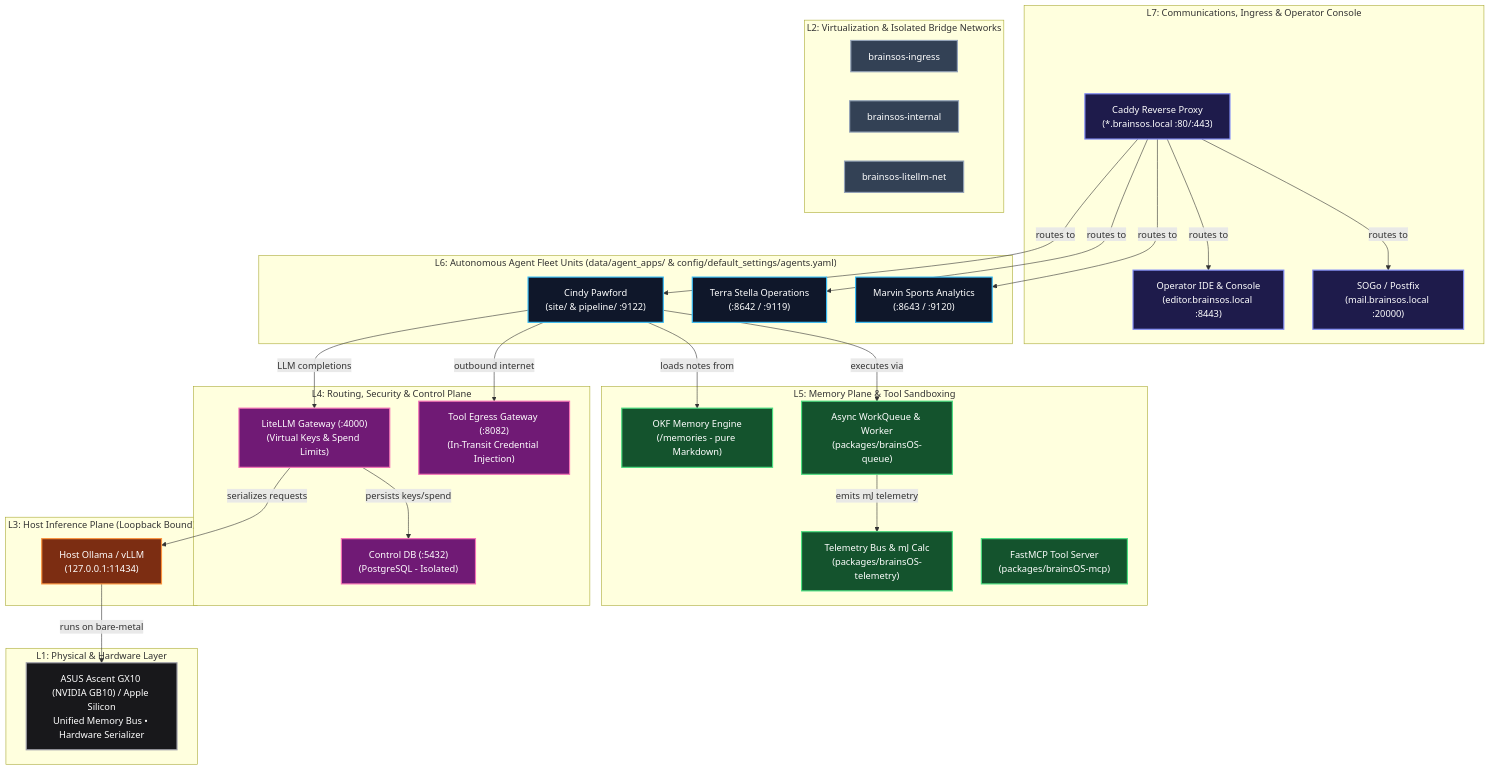
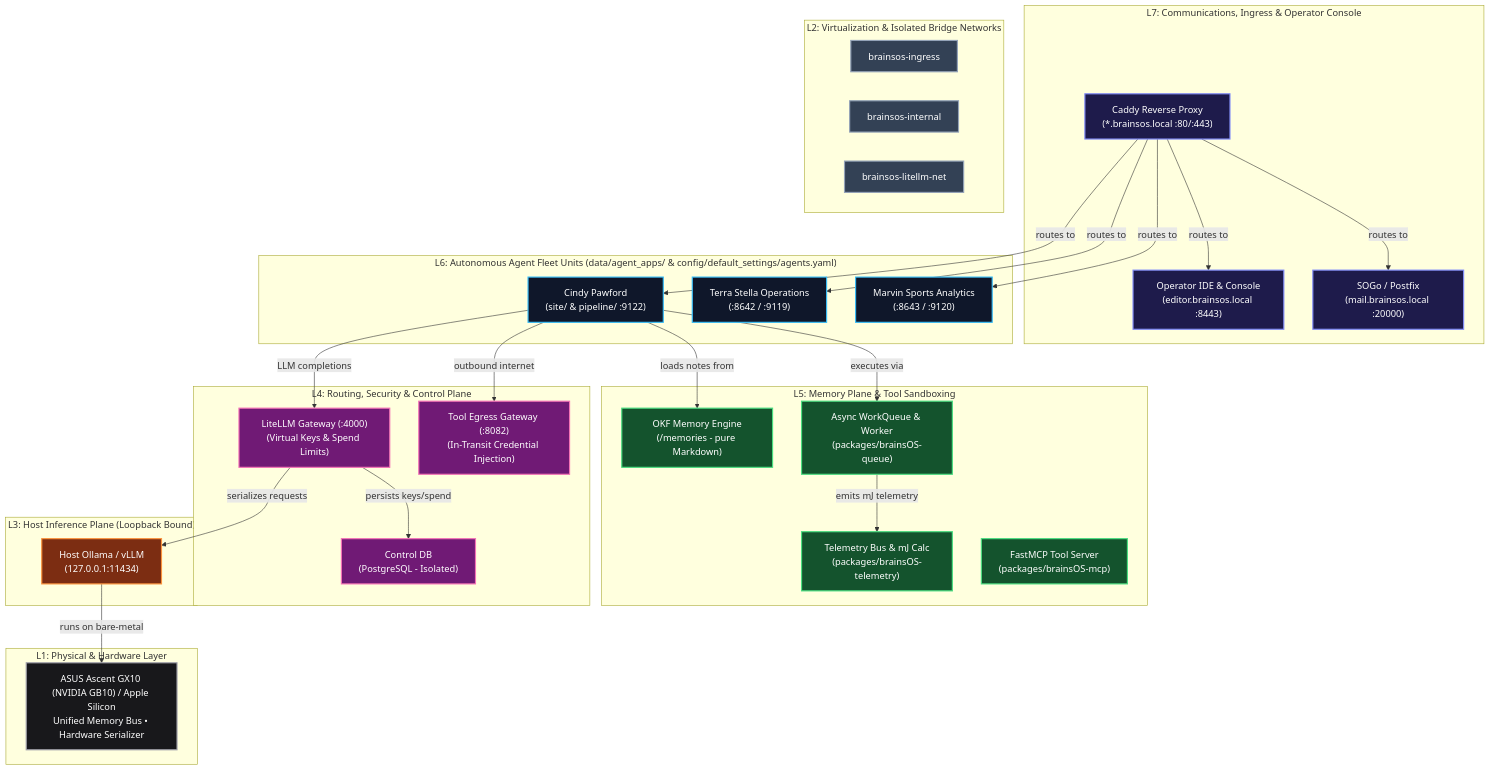
Before and after one commit to patternsatscale/brainsOS.ai: the diagram in README.md, drawn with Mermaid. The commit also changed 21 other files, not shown here.

````diff
--- a/README.md
+++ b/README.md
@@ -91,65 +91,65 @@
 ```mermaid
 graph TD
     classDef l7 fill:#1e1b4b,stroke:#818cf8,stroke-width:2px,color:#fff;
     classDef l6 fill:#0f172a,stroke:#38bdf8,stroke-width:2px,color:#fff;
     classDef l5 fill:#14532d,stroke:#4ade80,stroke-width:2px,color:#fff;
     classDef l4 fill:#701a75,stroke:#f472b6,stroke-width:2px,color:#fff;
     classDef l3 fill:#7c2d12,stroke:#fb923c,stroke-width:2px,color:#fff;
     classDef l2 fill:#334155,stroke:#94a3b8,stroke-width:2px,color:#fff;
     classDef l1 fill:#18181b,stroke:#a1a1aa,stroke-width:2px,color:#fff;
 
     subgraph "L7: Communications, Ingress & Operator Console"
         CADDY["Caddy Reverse Proxy<br/>(*.brainsos.local :80/:443)"]:::l7
         EDITOR["Operator IDE & Console<br/>(editor.brainsos.local :8443)"]:::l7
         SOGO["SOGo / Postfix<br/>(mail.brainsos.local :20000)"]:::l7
     end
 
     subgraph "L6: Autonomous Agent Fleet Units (data/agent_apps/ & config/default_settings/agents.yaml)"
         CINDY["Cindy Pawford<br/>(site/ & pipeline/ :9122)"]:::l6
         TERRA["Terra Stella Operations<br/>(:8642 / :9119)"]:::l6
         MARVIN["Marvin Sports Analytics<br/>(:8643 / :9120)"]:::l6
     end
 
     subgraph "L5: Memory Plane & Tool Sandboxing"
         MEM["OKF Memory Engine<br/>(/memories - pure Markdown)"]:::l5
         QUEUE["Async WorkQueue & Worker<br/>(packages/brainsOS-queue)"]:::l5
         TEL["Telemetry Bus & mJ Calc<br/>(packages/brainsOS-telemetry)"]:::l5
         MCP["FastMCP Tool Server<br/>(packages/brainsOS-mcp)"]:::l5
     end
 
     subgraph "L4: Routing, Security & Control Plane"
         LITELLM["LiteLLM Gateway (:4000)<br/>(Virtual Keys & Spend Limits)"]:::l4
         MITM["Tool Egress Gateway (:8082)<br/>(In-Transit Credential Injection)"]:::l4
-        DB["Control DB (:5432)<br/>(PostgreSQL - Isolated)"]:::l4
+        DB["Control DB<br/>(PostgreSQL - Isolated)"]:::l4
     end
 
     subgraph "L3: Host Inference Plane (Loopback Bound)"
         OLLAMA["Host Ollama / vLLM<br/>(127.0.0.1:11434)"]:::l3
     end
 
     subgraph "L2: Virtualization & Isolated Bridge Networks"
         NET_INGRESS["brainsos-ingress"]:::l2
         NET_INTERNAL["brainsos-internal"]:::l2
         NET_LITELLM["brainsos-litellm-net"]:::l2
     end
 
     subgraph "L1: Physical & Hardware Layer"
         HW["ASUS Ascent GX10 (NVIDIA GB10) / Apple Silicon<br/>Unified Memory Bus • Hardware Serializer"]:::l1
     end
 
     CADDY -->|routes to| CINDY
     CADDY -->|routes to| TERRA
     CADDY -->|routes to| MARVIN
     CADDY -->|routes to| EDITOR
     CADDY -->|routes to| SOGO
 
     CINDY -->|executes via| QUEUE
     QUEUE -->|emits mJ telemetry| TEL
     CINDY -->|loads notes from| MEM
     CINDY -->|LLM completions| LITELLM
     CINDY -->|outbound internet| MITM
 
     LITELLM -->|serializes requests| OLLAMA
     LITELLM -->|persists keys/spend| DB
     OLLAMA -->|runs on bare-metal| HW
 ```
````
